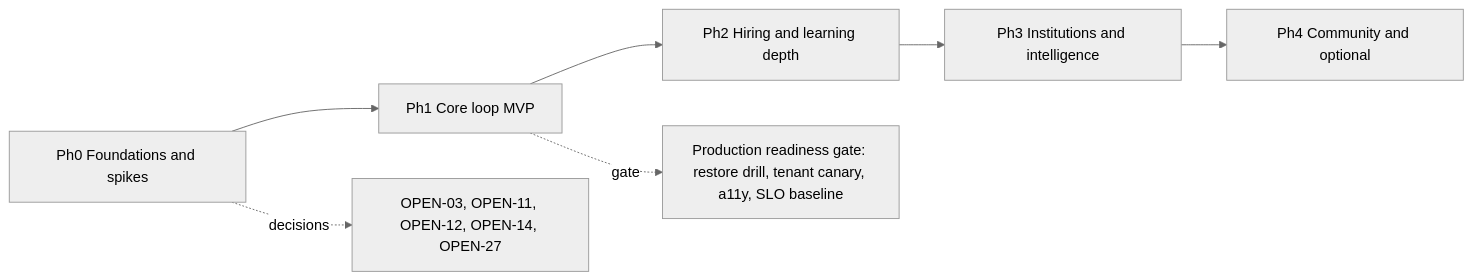
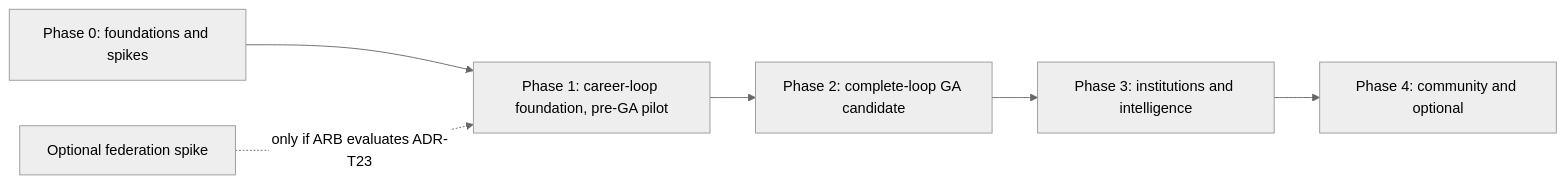
The second of 3 diagrams in Yash_Final_Project_Document/22_IMPLEMENTATION_ROADMAP/ROADMAP.md (yhsomani/talentsphere-complete), drawn with Mermaid (neutral theme) before and after one commit. The commit also changed other lines of this file and 98 other files, not shown here.

````diff
--- a/Yash_Final_Project_Document/22_IMPLEMENTATION_ROADMAP/ROADMAP.md
+++ b/Yash_Final_Project_Document/22_IMPLEMENTATION_ROADMAP/ROADMAP.md
@@ -73,9 +73,8 @@
 ```mermaid
 flowchart LR
-  P0["Ph0 Foundations and spikes"] --> P1["Ph1 Core loop MVP"]
-  P1 --> P2["Ph2 Hiring and learning depth"]
-  P2 --> P3["Ph3 Institutions and intelligence"]
-  P3 --> P4["Ph4 Community and optional"]
-  P0 -. decisions .-> D0["OPEN-03, OPEN-11, OPEN-12, OPEN-14, OPEN-27"]
-  P1 -. gate .-> G1["Production readiness gate: restore drill, tenant canary, a11y, SLO baseline"]
+  Ph0[Phase 0: foundations and spikes] --> Ph1[Phase 1: career-loop foundation, pre-GA pilot]
+  Ph1 --> Ph2[Phase 2: complete-loop GA candidate]
+  Ph2 --> Ph3[Phase 3: institutions and intelligence]
+  Ph3 --> Ph4[Phase 4: community and optional]
+  FED[Optional federation spike] -. only if ARB evaluates ADR-T23 .-> Ph1
 ```
````
